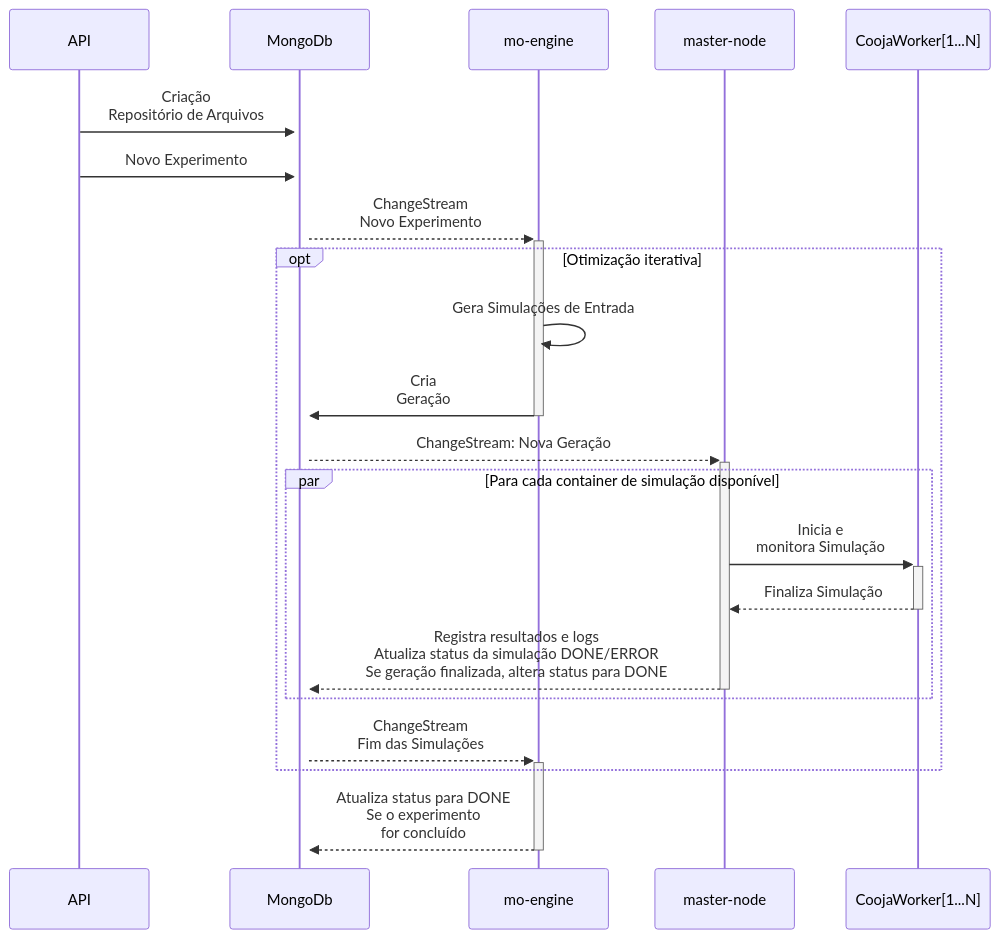
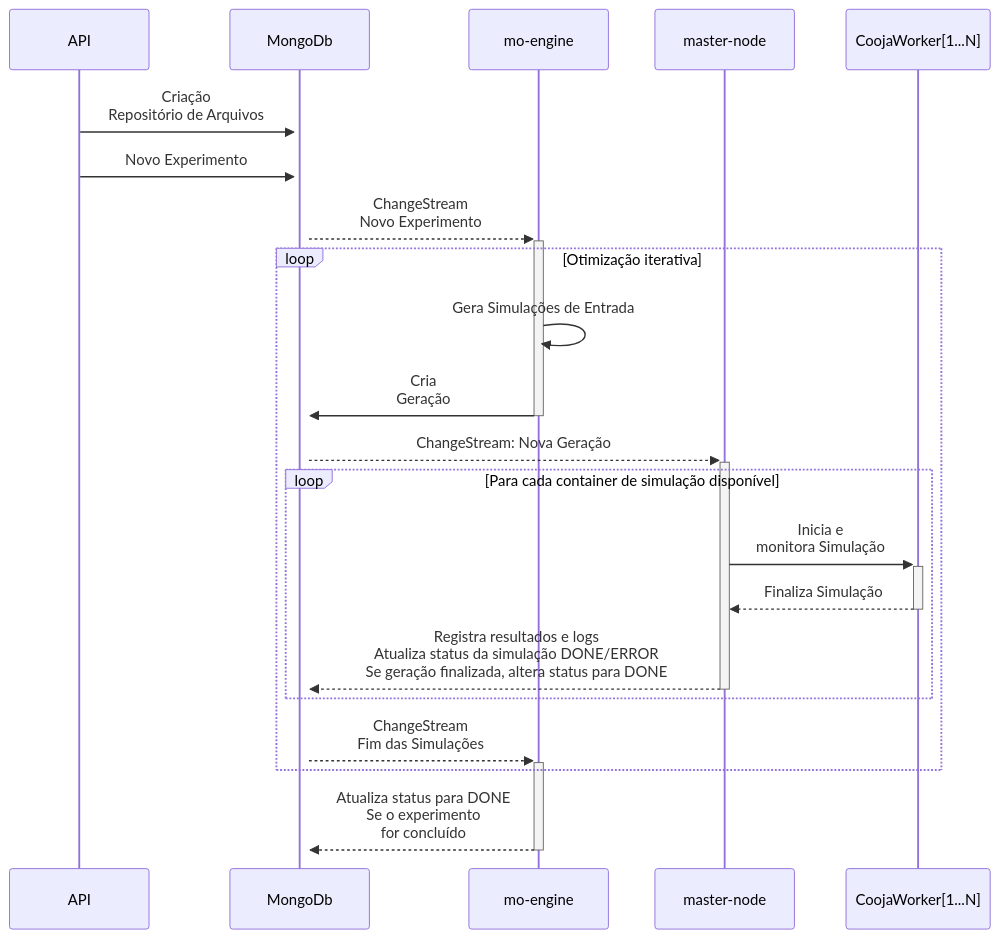
One commit to JunioCesarFerreira/simlab changed the diagram in README_pt.md. Above: the diagram before and after it, drawn with Mermaid. The commit also changed 1 other file, not shown here.

Commit message:
docs: README update

````diff
--- a/README_pt.md
+++ b/README_pt.md
@@ -72,21 +72,21 @@
 ```mermaid
 sequenceDiagram
     API->>+MongoDb: Criação<br/>Repositório de Arquivos
     API->>+MongoDb: Novo Experimento
     
     MongoDb-->>+mo-engine: ChangeStream<br/>Novo Experimento
     
-    opt Otimização iterativa
+    loop Otimização iterativa
         mo-engine->>mo-engine: Gera Simulações de Entrada
         mo-engine->>-MongoDb: Cria<br/>Geração
         
         MongoDb-->>+master-node: ChangeStream: Nova Geração
-        par Para cada container de simulação disponível
+        loop Para cada container de simulação disponível
             master-node->>+CoojaWorker[1...N]: Inicia e<br/>monitora Simulação
             CoojaWorker[1...N]-->>-master-node: Finaliza Simulação              
             master-node-->>-MongoDb: Registra resultados e logs<br/>Atualiza status da simulação DONE/ERROR<br/>Se geração finalizada, altera status para DONE
         end
         MongoDb-->>+mo-engine: ChangeStream<br/>Fim das Simulações 
     end
     mo-engine-->>-MongoDb: Atualiza status para DONE<br/>Se o experimento<br/>for concluído
 ```
````
